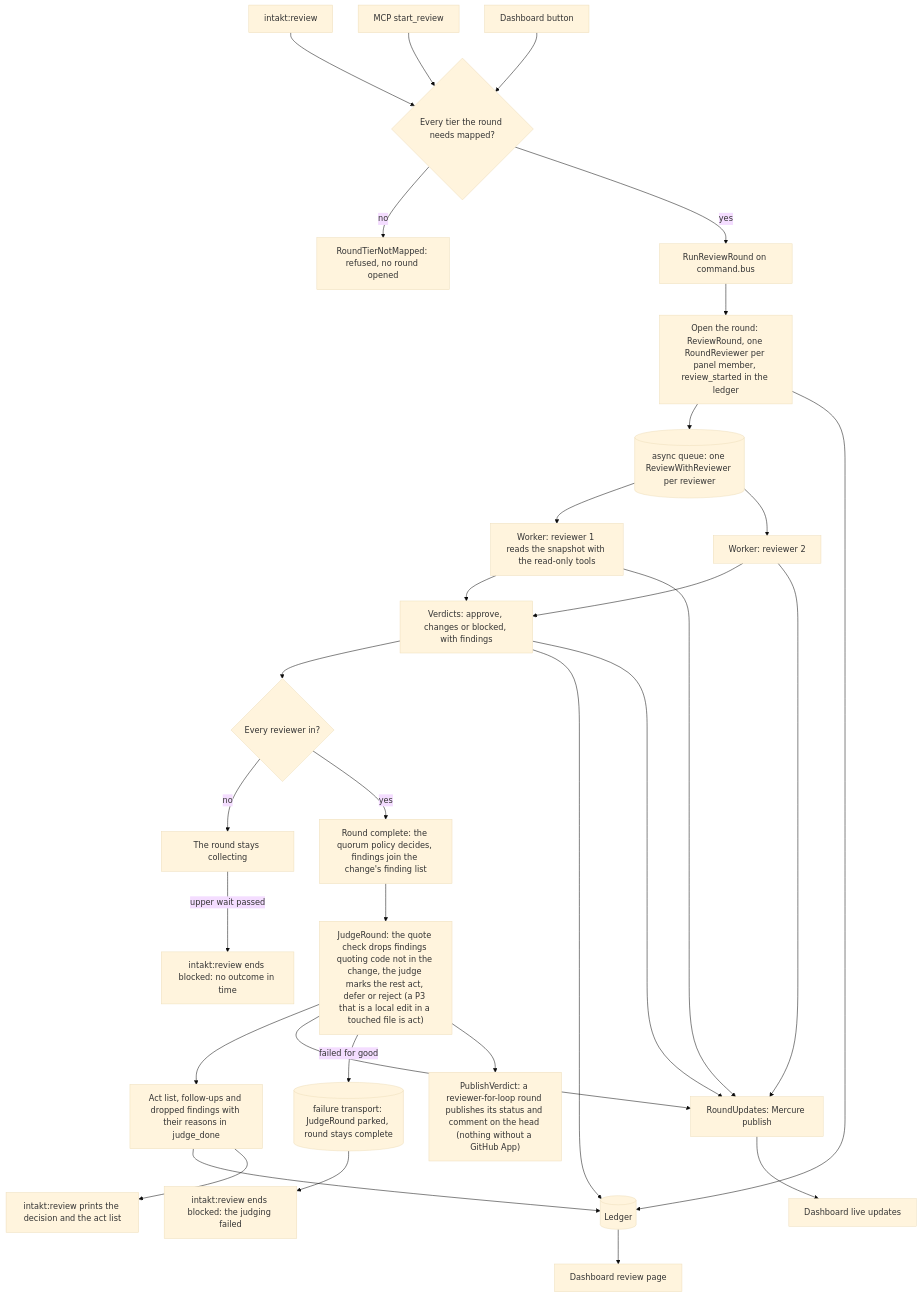
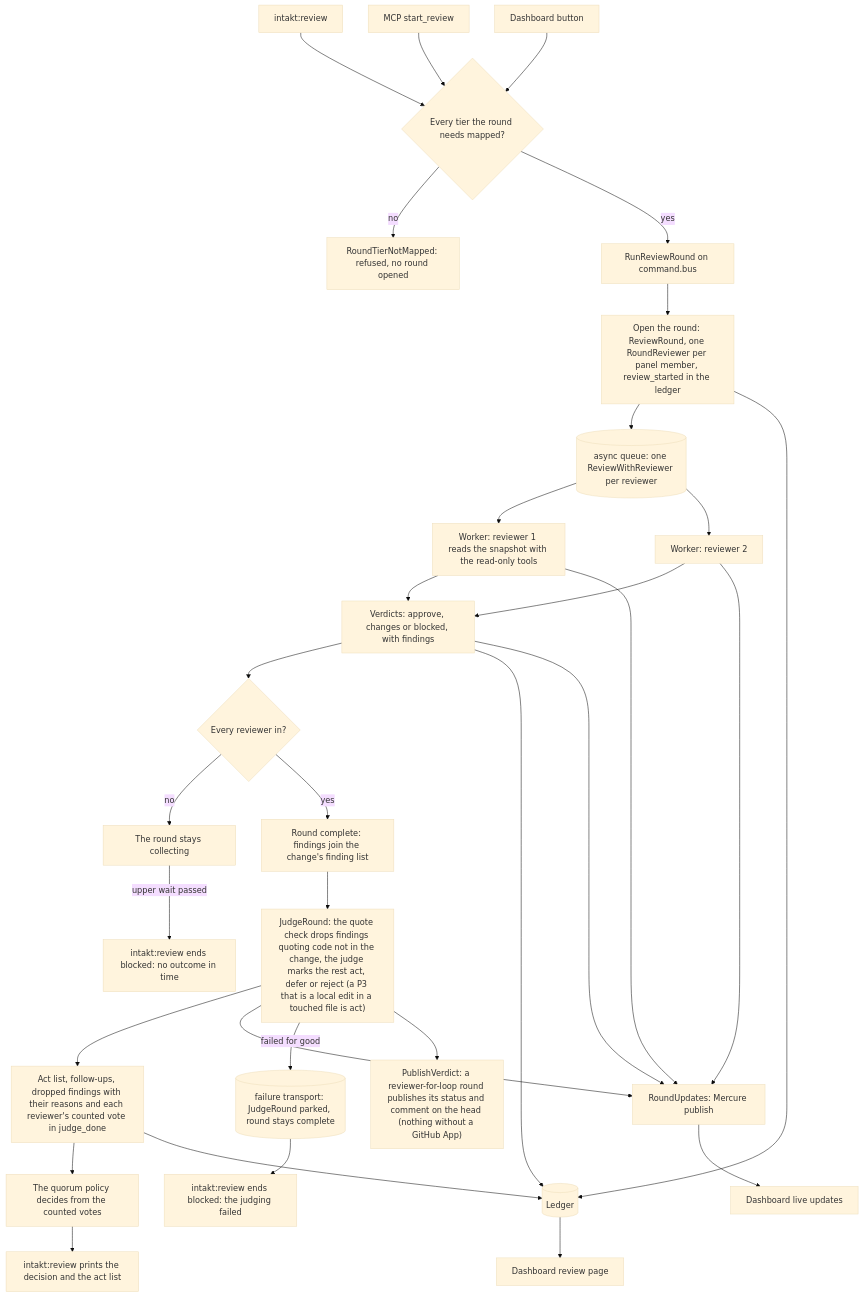
Before and after one commit to shinyredapples/intakt: the diagram in docs/architecture/review-flow.md, drawn with Mermaid (base theme). The commit also changed other lines of this file and 27 other files, not shown here.

Commit message:
fix(review): count votes once at the judge step so a changes round always has something to act on

````diff
--- a/docs/architecture/review-flow.md
+++ b/docs/architecture/review-flow.md
@@ -5,32 +5,33 @@
 ```mermaid
 flowchart TD
     cli["intakt:review"] --> start
     mcp["MCP start_review"] --> start
     btn["Dashboard button"] --> start
     start{"Every tier the round needs mapped?"} -->|no| refused["RoundTierNotMapped: refused, no round opened"]
     start -->|yes| run["RunReviewRound on command.bus"] --> open["Open the round: ReviewRound, one RoundReviewer per panel member, review_started in the ledger"]
     open --> queue[("async queue: one ReviewWithReviewer per reviewer")]
     queue --> w1["Worker: reviewer 1 reads the snapshot with the read-only tools"]
     queue --> w2["Worker: reviewer 2"]
     w1 --> verdicts["Verdicts: approve, changes or blocked, with findings"]
     w2 --> verdicts
     verdicts --> complete{"Every reviewer in?"}
     complete -->|no| wait["The round stays collecting"]
-    complete -->|yes| quorum["Round complete: the quorum policy decides, findings join the change's finding list"]
-    quorum --> judge["JudgeRound: the quote check drops findings quoting code not in the change, the judge marks the rest act, defer or reject (a P3 that is a local edit in a touched file is act)"]
-    judge --> act["Act list, follow-ups and dropped findings with their reasons in judge_done"]
+    complete -->|yes| collected["Round complete: findings join the change's finding list"]
+    collected --> judge["JudgeRound: the quote check drops findings quoting code not in the change, the judge marks the rest act, defer or reject (a P3 that is a local edit in a touched file is act)"]
+    judge --> act["Act list, follow-ups, dropped findings with their reasons and each reviewer's counted vote in judge_done"]
+    act --> quorum["The quorum policy decides from the counted votes"]
     act --> ledger[("Ledger")]
     open --> ledger
     verdicts --> ledger
     ledger --> dash["Dashboard review page"]
     w1 --> updates["RoundUpdates: Mercure publish"]
     w2 --> updates
     verdicts --> updates
     judge --> updates
     updates --> live["Dashboard live updates"]
-    act --> out["intakt:review prints the decision and the act list"]
+    quorum --> out["intakt:review prints the decision and the act list"]
     judge -->|failed for good| failed[("failure transport: JudgeRound parked, round stays complete")]
     failed --> outFailed["intakt:review ends blocked: the judging failed"]
     wait -->|upper wait passed| outLate["intakt:review ends blocked: no outcome in time"]
     judge --> publish["PublishVerdict: a reviewer-for-loop round publishes its status and comment on the head (nothing without a GitHub App)"]
 ```
````
